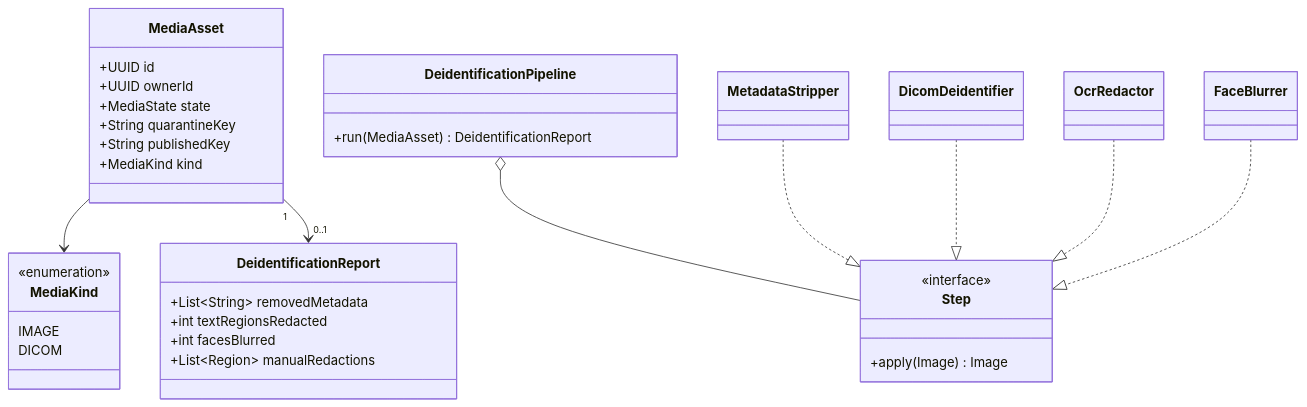
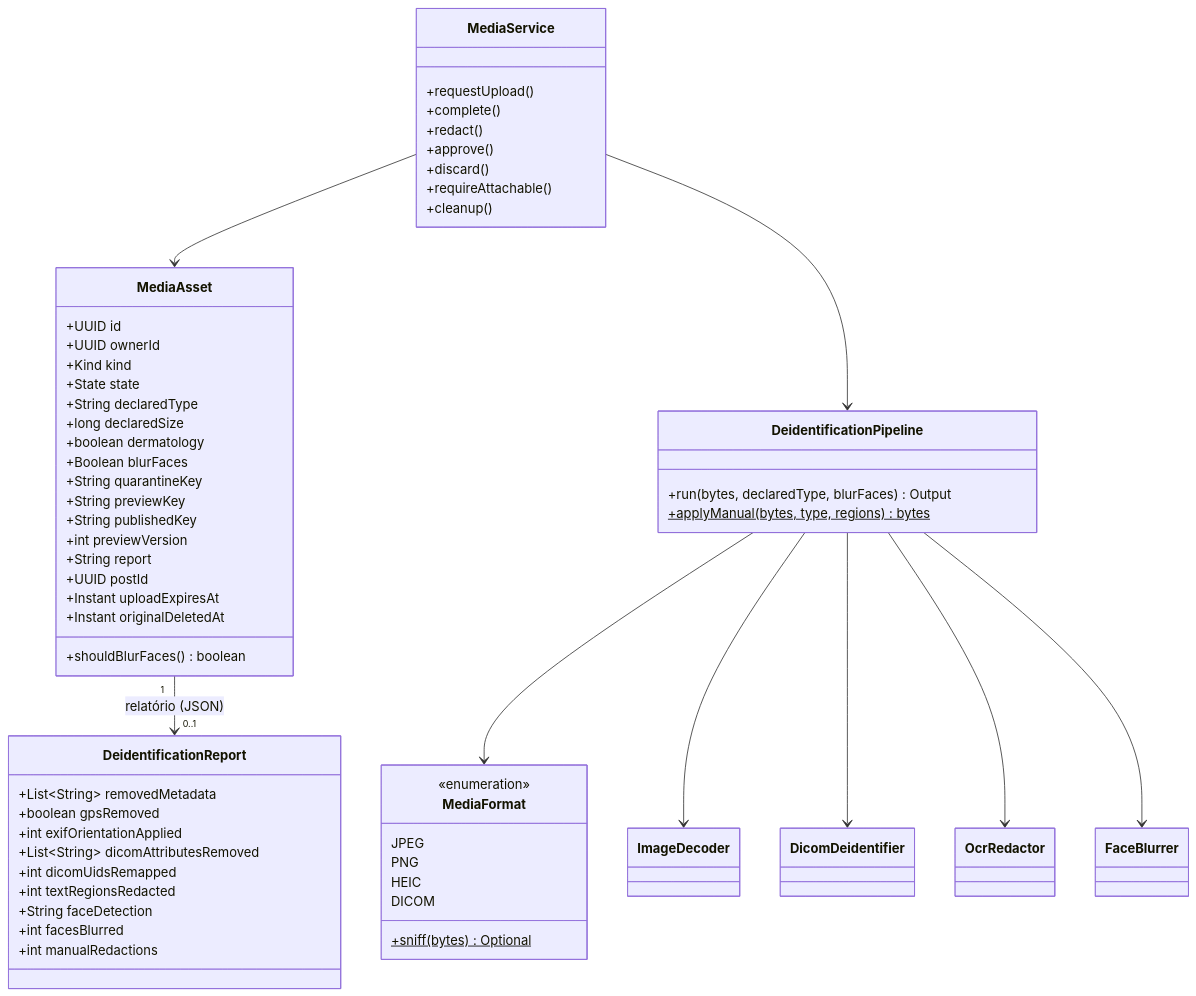
The second of 5 diagrams in docs/rf/RF05-anonimizacao-de-midia.md (MatheusHaliski/doctor_explorer), drawn with Mermaid before and after one commit. The commit also changed other lines of this file and 38 other files, not shown here.

````diff
--- a/docs/rf/RF05-anonimizacao-de-midia.md
+++ b/docs/rf/RF05-anonimizacao-de-midia.md
@@ -49,40 +69,66 @@
 ```mermaid
 classDiagram
     class MediaAsset {
       +UUID id
       +UUID ownerId
-      +MediaState state
+      +Kind kind
+      +State state
+      +String declaredType
+      +long declaredSize
+      +boolean dermatology
+      +Boolean blurFaces
       +String quarantineKey
+      +String previewKey
       +String publishedKey
-      +MediaKind kind
-    }
-    class MediaKind {
-      <<enumeration>>
-      IMAGE
-      DICOM
+      +int previewVersion
+      +String report
+      +UUID postId
+      +Instant uploadExpiresAt
+      +Instant originalDeletedAt
+      +shouldBlurFaces() boolean
     }
     class DeidentificationReport {
       +List~String~ removedMetadata
+      +boolean gpsRemoved
+      +int exifOrientationApplied
+      +List~String~ dicomAttributesRemoved
+      +int dicomUidsRemapped
       +int textRegionsRedacted
+      +String faceDetection
       +int facesBlurred
-      +List~Region~ manualRedactions
+      +int manualRedactions
     }
     class DeidentificationPipeline {
-      +run(MediaAsset) DeidentificationReport
+      +run(bytes, declaredType, blurFaces) Output
+      +applyManual(bytes, type, regions)$ bytes
     }
-    class Step {
-      <<interface>>
-      +apply(Image) Image
+    class MediaFormat {
+      <<enumeration>>
+      JPEG
+      PNG
+      HEIC
+      DICOM
+      +sniff(bytes)$ Optional
     }
-    class MetadataStripper
+    class ImageDecoder
     class DicomDeidentifier
     class OcrRedactor
     class FaceBlurrer
-    MediaAsset --> MediaKind
-    MediaAsset "1" --> "0..1" DeidentificationReport
-    DeidentificationPipeline o-- Step
-    MetadataStripper ..|> Step
-    DicomDeidentifier ..|> Step
-    OcrRedactor ..|> Step
-    FaceBlurrer ..|> Step
+    class MediaService {
+      +requestUpload()
+      +complete()
+      +redact()
+      +approve()
+      +discard()
+      +requireAttachable()
+      +cleanup()
+    }
+    MediaService --> MediaAsset
+    MediaService --> DeidentificationPipeline
+    MediaAsset "1" --> "0..1" DeidentificationReport : relatório (JSON)
+    DeidentificationPipeline --> MediaFormat
+    DeidentificationPipeline --> ImageDecoder
+    DeidentificationPipeline --> DicomDeidentifier
+    DeidentificationPipeline --> OcrRedactor
+    DeidentificationPipeline --> FaceBlurrer
 ```
````
